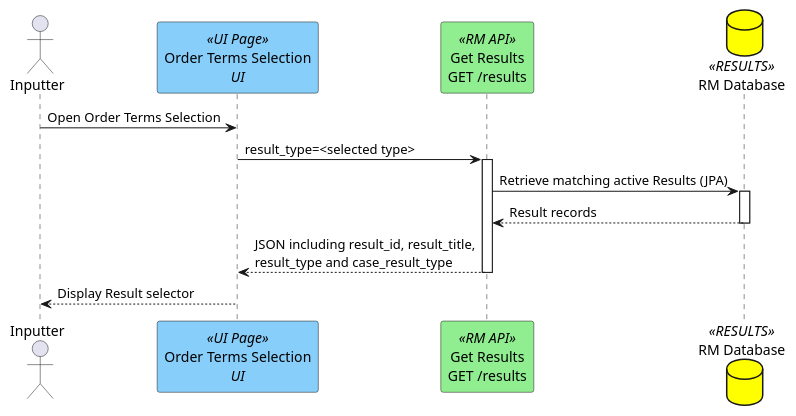
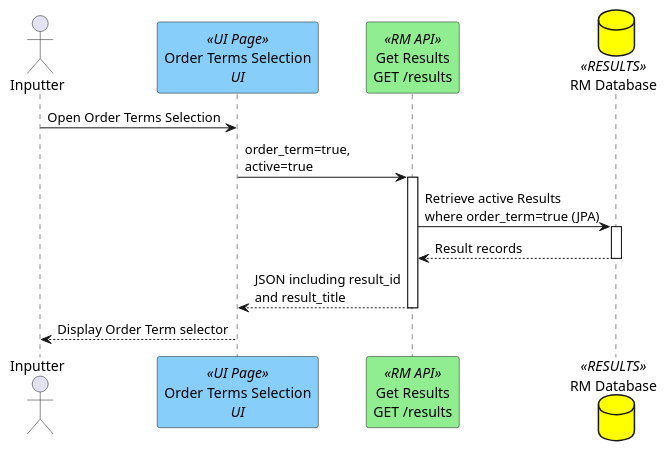
Before and after one commit to hmcts/opal-docs: the diagram in plantUML/rm-create-case-file/get-results.puml, drawn with PlantUML. The commit also changed 5 other files, not shown here.

Commit message:
Add RM Create Draft Casefile E2E updated diagrams

```diff
--- a/plantUML/rm-create-case-file/get-results.puml
+++ b/plantUML/rm-create-case-file/get-results.puml
@@ -1,13 +1,13 @@
 @startuml
 actor "Inputter" as user
 participant "Order Terms Selection\n<i>UI</i>" as page <<UI Page>> #lightskyblue
 participant "Get Results\nGET /results" as api <<RM API>> #lightgreen
 database "RM Database" as db <<RESULTS>> #Yellow
 
 user -> page : Open Order Terms Selection
-page -> api ++ : result_type=<selected type>
-api -> db ++ : Retrieve matching active Results (JPA)
+page -> api ++ : order_term=true,\nactive=true
+api -> db ++ : Retrieve active Results\nwhere order_term=true (JPA)
 db --> api -- : Result records
-api --> page -- : JSON including result_id, result_title,\nresult_type and case_result_type
-page --> user : Display Result selector
+api --> page -- : JSON including result_id\nand result_title
+page --> user : Display Order Term selector
 @enduml
```
